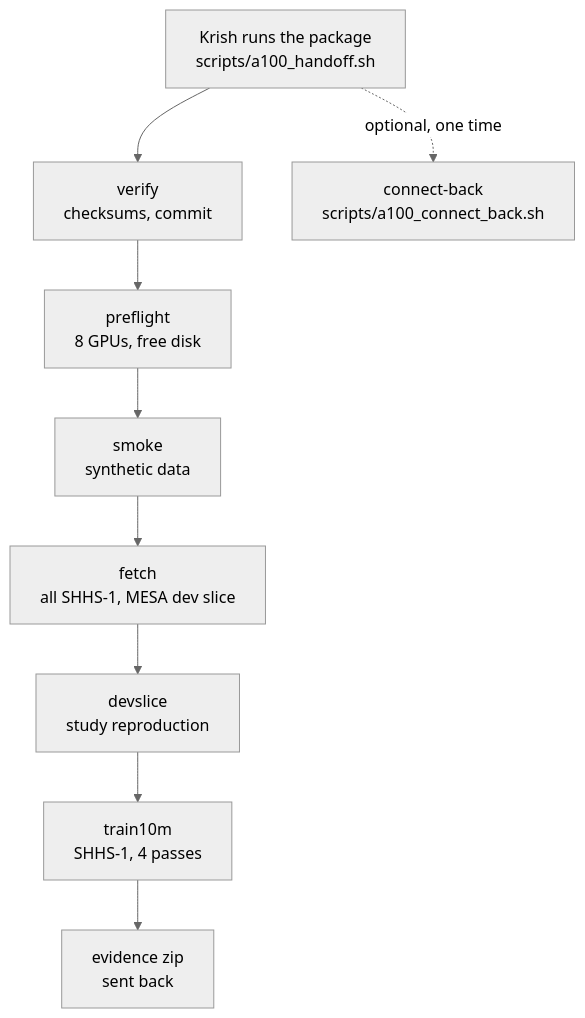
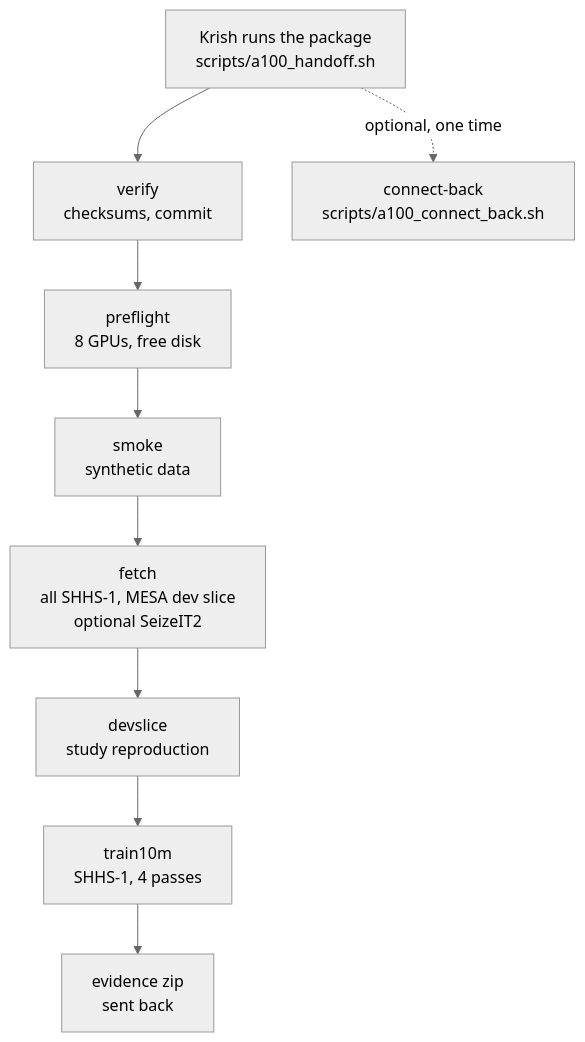
The diagram in docs/handoff_flow.mmd (Kahlus-Technologies/Kahlus-V2), drawn with Mermaid (neutral theme) before and after one commit. The commit also changed 3 other files, not shown here.

First line of the commit message:
Add SeizeIT2 as an optional download in the fetch stage

```diff
--- a/docs/handoff_flow.mmd
+++ b/docs/handoff_flow.mmd
@@ -1,9 +1,9 @@
 flowchart TD
   K[Krish runs the package<br/>scripts/a100_handoff.sh] --> V[verify<br/>checksums, commit]
   V --> P[preflight<br/>8 GPUs, free disk]
   P --> S[smoke<br/>synthetic data]
-  S --> F[fetch<br/>all SHHS-1, MESA dev slice]
+  S --> F[fetch<br/>all SHHS-1, MESA dev slice<br/>optional SeizeIT2]
   F --> D[devslice<br/>study reproduction]
   D --> T[train10m<br/>SHHS-1, 4 passes]
   T --> E[evidence zip<br/>sent back]
   K -. optional, one time .-> C[connect-back<br/>scripts/a100_connect_back.sh]
```
